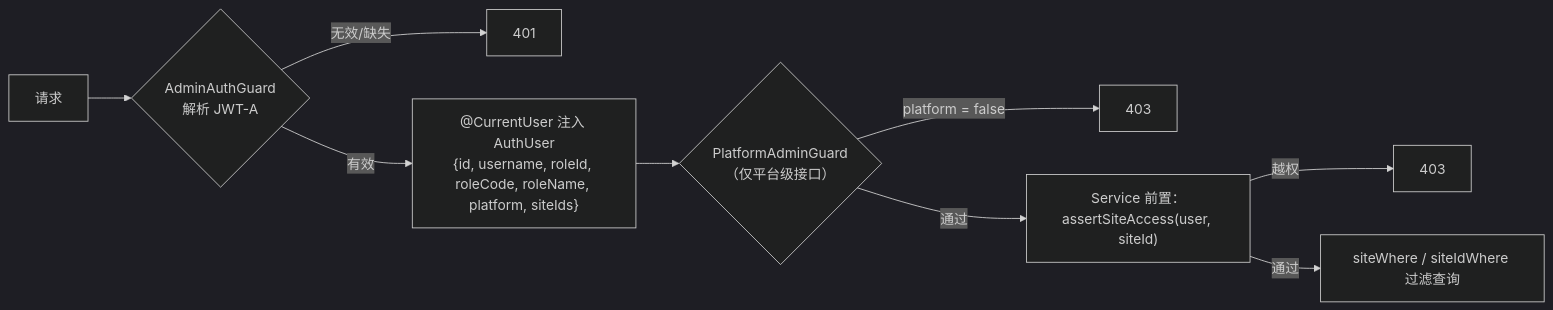
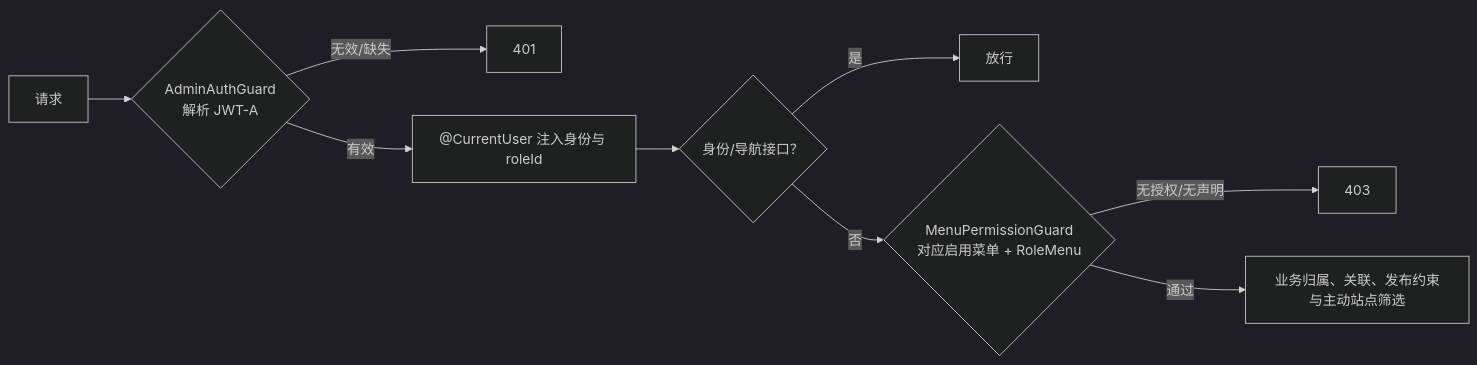
Before and after one commit to ht-sauce/trillion-cms-platform: the second of 2 diagrams in docs/spec/02-server-architecture.md, drawn with Mermaid (dark theme). The commit also changed other lines of this file and 122 other files, not shown here.

````diff
--- a/docs/spec/02-server-architecture.md
+++ b/docs/spec/02-server-architecture.md
@@ -122,11 +122,11 @@
 ```mermaid
 flowchart LR
   R["请求"] --> G{"AdminAuthGuard<br/>解析 JWT-A"}
   G -->|"无效/缺失"| E1["401"]
-  G -->|"有效"| U["@CurrentUser 注入 AuthUser<br/>{id, username, roleId, roleCode, roleName, platform, siteIds}"]
-  U --> P{"PlatformAdminGuard<br/>（仅平台级接口）"}
-  P -->|"platform = false"| E2["403"]
-  P -->|"通过"| S["Service 前置：<br/>assertSiteAccess(user, siteId)"]
-  S -->|"越权"| E3["403"]
-  S -->|"通过"| Q["siteWhere / siteIdWhere 过滤查询"]
+  G -->|"有效"| U["@CurrentUser 注入身份与 roleId"]
+  U --> P{"身份/导航接口？"}
+  P -->|"是"| OK["放行"]
+  P -->|"否"| M{"MenuPermissionGuard<br/>对应启用菜单 + RoleMenu"}
+  M -->|"无授权/无声明"| E2["403"]
+  M -->|"通过"| Q["业务归属、关联、发布约束与主动站点筛选"]
 ```
````
